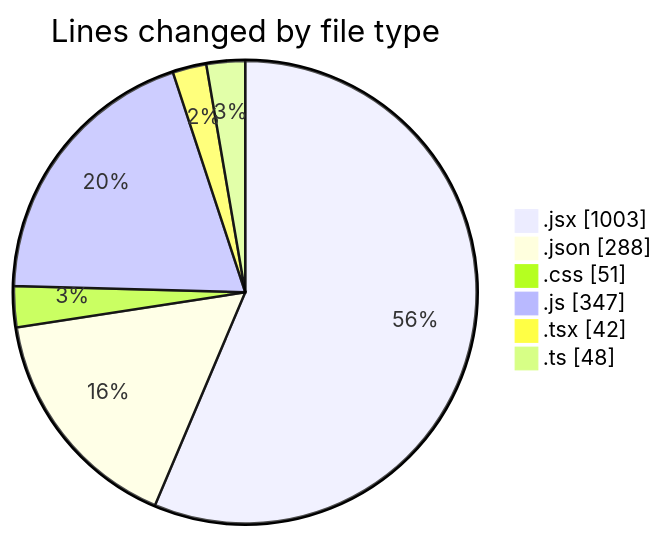
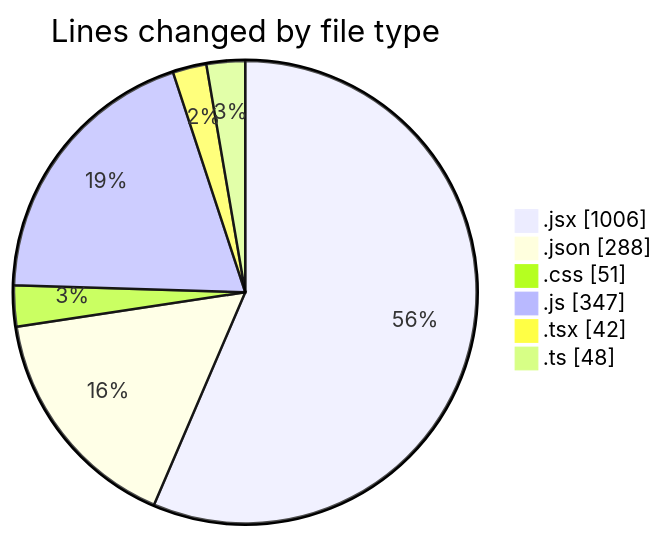
Before and after one commit to momahboobian/code-tracking: the first of 2 diagrams in 2026-03-19/commonwealth-front-end-task/README.md, drawn with Mermaid. The commit also changed other lines of this file and 1 other file, not shown here.

````diff
--- a/2026-03-19/commonwealth-front-end-task/README.md
+++ b/2026-03-19/commonwealth-front-end-task/README.md
@@ -39,10 +39,10 @@
 ```mermaid
 pie showData
 title Lines changed by file type
-".jsx" : 1003
+".jsx" : 1006
 ".json" : 288
 ".css" : 51
 ".js" : 347
 ".tsx" : 42
 ".ts" : 48
 ```
````
